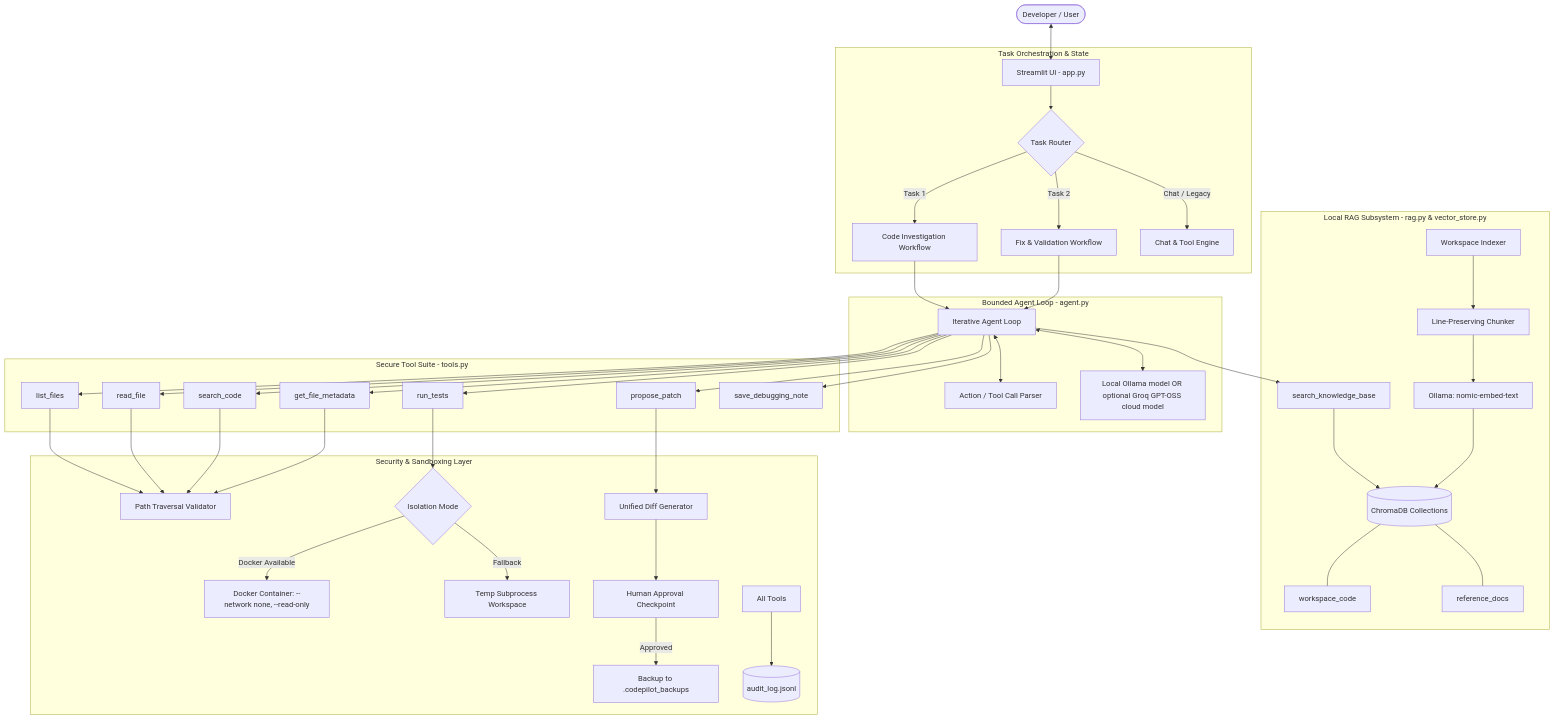
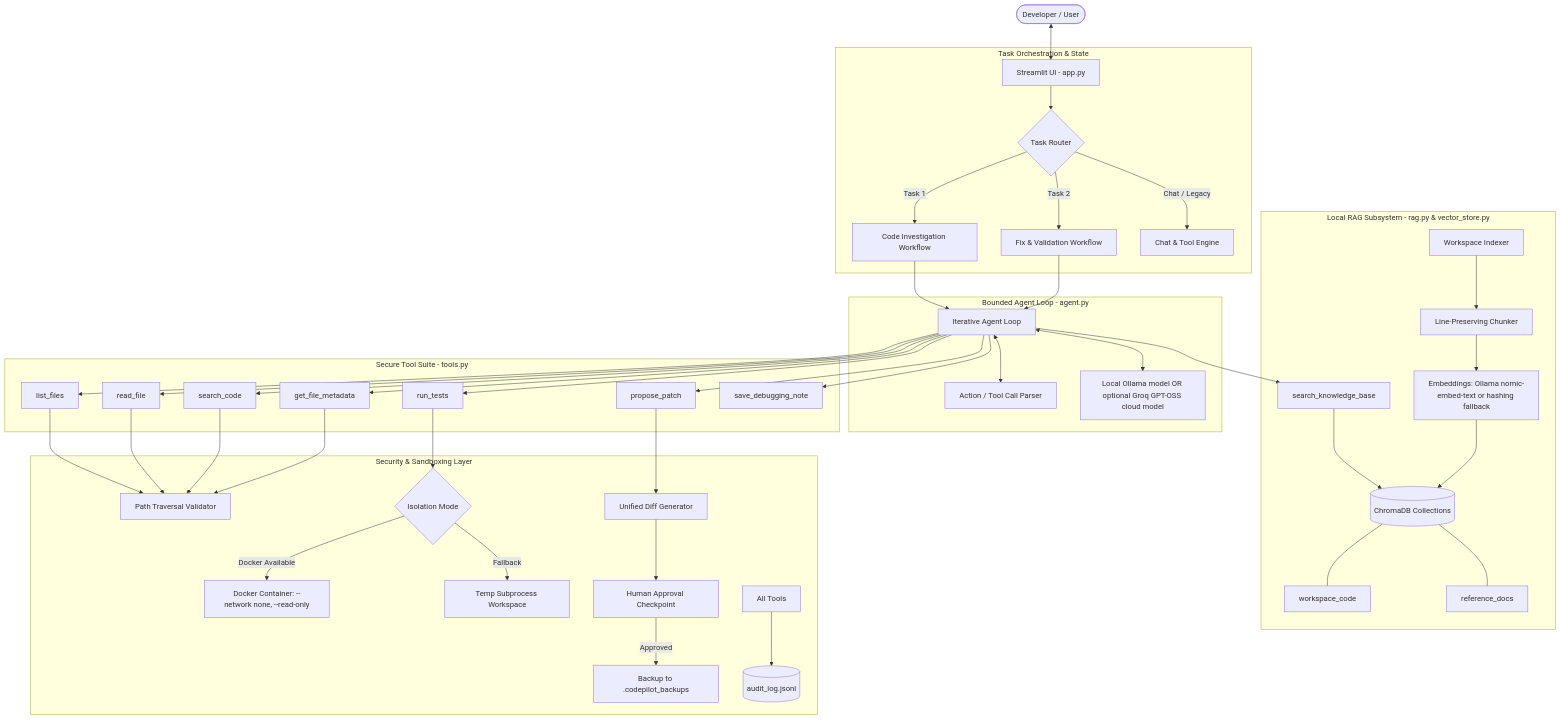
Before and after one commit to jessicaekka23-beep/CodeFix_App: the first of 3 diagrams in docs/REPORT.md, drawn with Mermaid. The commit also changed other lines of this file and 15 other files, not shown here.

````diff
--- a/docs/REPORT.md
+++ b/docs/REPORT.md
@@ -66,48 +66,48 @@
 ```mermaid
 graph TD
     User([Developer / User]) <--> UI[Streamlit UI - app.py]
 
     subgraph Orchestration [Task Orchestration & State]
         UI --> Mux{Task Router}
         Mux -->|Task 1| InvWorkflow[Code Investigation Workflow]
         Mux -->|Task 2| FixWorkflow[Fix & Validation Workflow]
         Mux -->|Chat / Legacy| LegacyEng[Chat & Tool Engine]
     end
 
     subgraph Agent_Core [Bounded Agent Loop - agent.py]
         InvWorkflow & FixWorkflow --> AgentLoop[Iterative Agent Loop]
         AgentLoop <--> ActionParser[Action / Tool Call Parser]
         AgentLoop <--> OllamaLLM[Local Ollama model OR optional Groq GPT-OSS cloud model]
     end
 
     subgraph RAG_Engine [Local RAG Subsystem - rag.py & vector_store.py]
         AgentLoop --> SearchKB[search_knowledge_base]
         SearchKB --> Chroma[(ChromaDB Collections)]
         Chroma --- Col1[workspace_code]
         Chroma --- Col2[reference_docs]
         Indexer[Workspace Indexer] --> LineChunker[Line-Preserving Chunker]
-        LineChunker --> OllamaEmbed[Ollama: nomic-embed-text]
+        LineChunker --> OllamaEmbed[Embeddings: Ollama nomic-embed-text or hashing fallback]
         OllamaEmbed --> Chroma
     end
 
     subgraph Execution_Engine [Secure Tool Suite - tools.py]
         AgentLoop --> T_List[list_files]
         AgentLoop --> T_Read[read_file]
         AgentLoop --> T_Search[search_code]
         AgentLoop --> T_Meta[get_file_metadata]
         AgentLoop --> T_Patch[propose_patch]
         AgentLoop --> T_Test[run_tests]
         AgentLoop --> T_Note[save_debugging_note]
     end
 
     subgraph Security_Gate [Security & Sandboxing Layer]
         T_List & T_Read & T_Search & T_Meta --> PathGuard[Path Traversal Validator]
         T_Test --> SandboxChoice{Isolation Mode}
         SandboxChoice -->|Docker Available| DockerRun[Docker Container: --network none, --read-only]
         SandboxChoice -->|Fallback| TempSubproc[Temp Subprocess Workspace]
         T_Patch --> DiffGen[Unified Diff Generator]
         DiffGen --> HITL[Human Approval Checkpoint]
         HITL -->|Approved| BackupEngine[Backup to .codepilot_backups]
         Tools_Engine[All Tools] --> AuditLog[(audit_log.jsonl)]
     end
 ```
````
